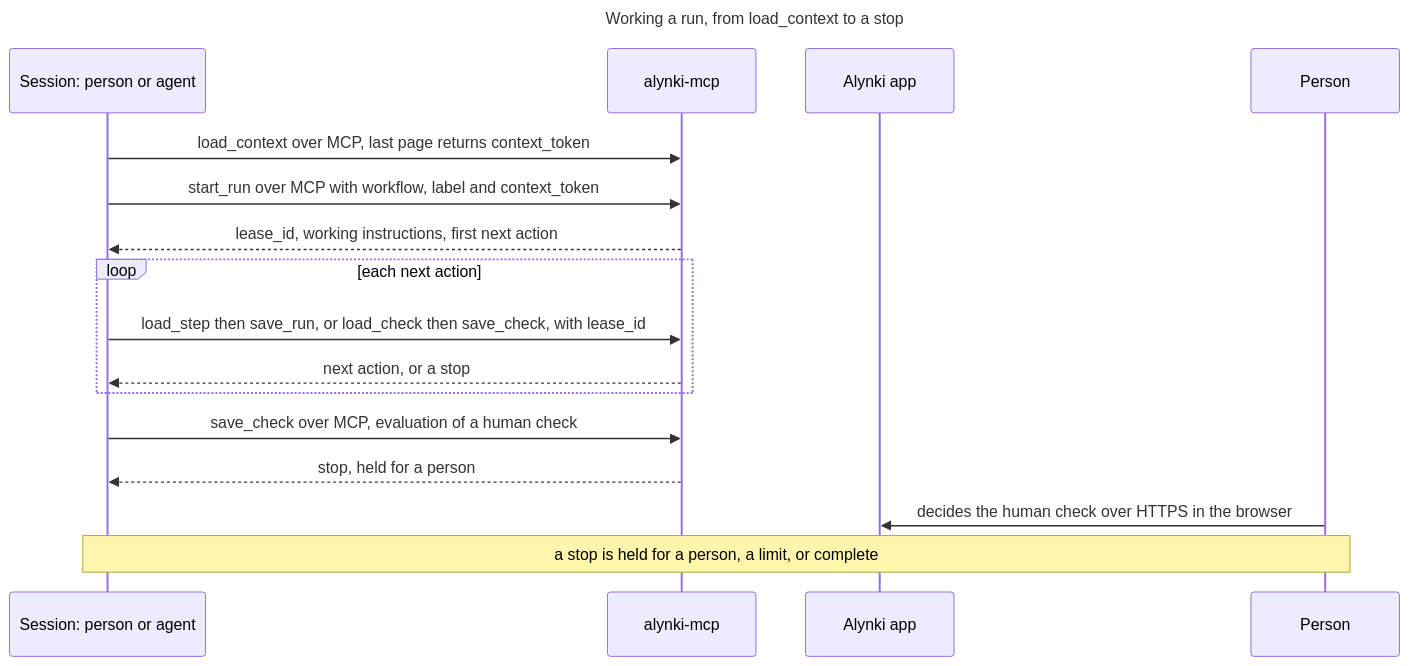
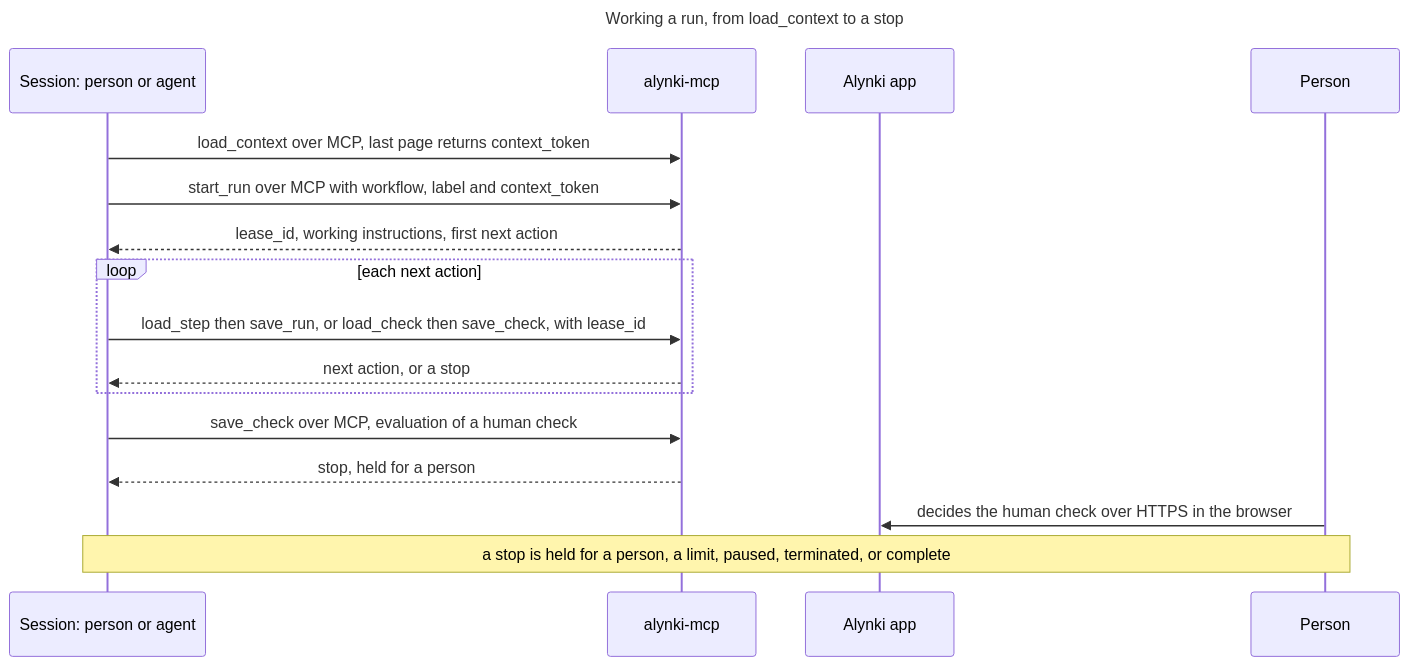
The third of 4 diagrams in README.md (alynki/plugin), drawn with Mermaid before and after one commit. The commit also changed other lines of this file and 4 other files, not shown here.

````diff
--- a/README.md
+++ b/README.md
@@ -252,22 +252,22 @@
 ```mermaid
 ---
 title: Working a run, from load_context to a stop
 ---
 sequenceDiagram
   participant S as Session: person or agent
   participant M as alynki-mcp
   participant A as Alynki app
   participant P as Person
 
   S->>M: load_context over MCP, last page returns context_token
   S->>M: start_run over MCP with workflow, label and context_token
   M-->>S: lease_id, working instructions, first next action
   loop each next action
     S->>M: load_step then save_run, or load_check then save_check, with lease_id
     M-->>S: next action, or a stop
   end
   S->>M: save_check over MCP, evaluation of a human check
   M-->>S: stop, held for a person
   P->>A: decides the human check over HTTPS in the browser
-  Note over S,P: a stop is held for a person, a limit, or complete
+  Note over S,P: a stop is held for a person, a limit, paused, terminated, or complete
 ```
````
